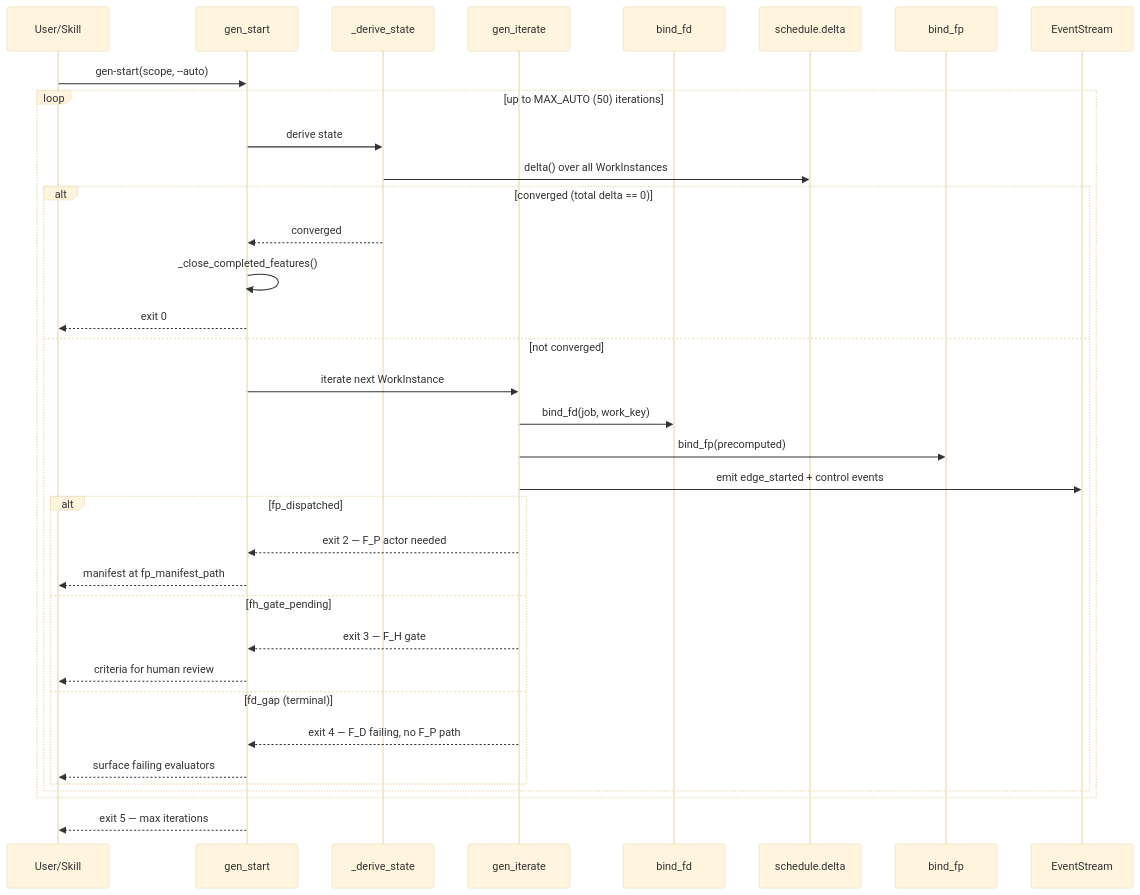
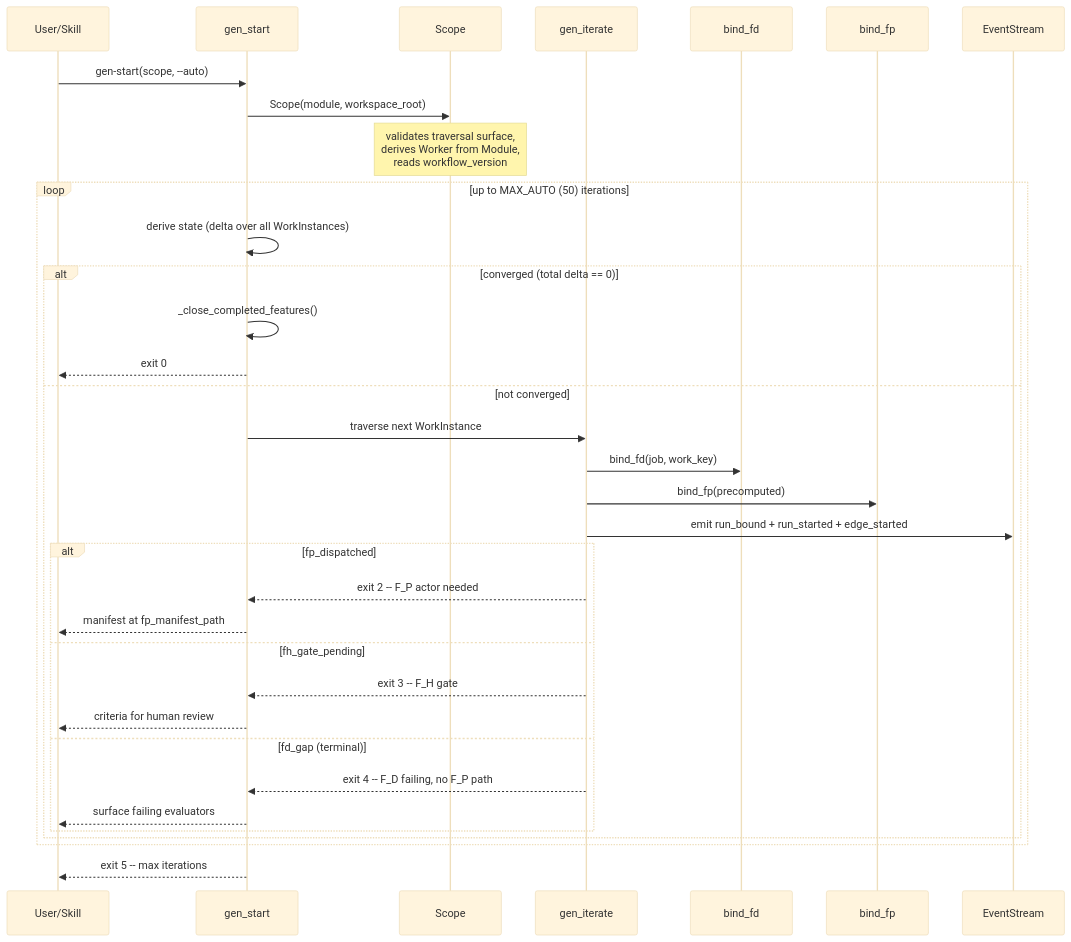
Diagram 11 of 23 in docs/ABG_Design_Document.md (foolishimp/abiogenesis), drawn with Mermaid (base theme) before and after one commit. The commit also changed other lines of this file and 90 other files, not shown here.

````diff
--- a/docs/ABG_Design_Document.md
+++ b/docs/ABG_Design_Document.md
@@ -474,38 +617,37 @@
 ```mermaid
 sequenceDiagram
     participant U as User/Skill
     participant GS as gen_start
-    participant DS as _derive_state
+    participant SC as Scope
     participant GI as gen_iterate
     participant BD as bind_fd
-    participant SD as schedule.delta
     participant BF as bind_fp
     participant ES as EventStream
 
     U->>GS: gen-start(scope, --auto)
+    GS->>SC: Scope(module, workspace_root)
+    Note over SC: validates traversal surface,<br/>derives Worker from Module,<br/>reads workflow_version
     loop up to MAX_AUTO (50) iterations
-        GS->>DS: derive state
-        DS->>SD: delta() over all WorkInstances
+        GS->>GS: derive state (delta over all WorkInstances)
         alt converged (total delta == 0)
-            DS-->>GS: converged
             GS->>GS: _close_completed_features()
             GS-->>U: exit 0
         else not converged
-            GS->>GI: iterate next WorkInstance
+            GS->>GI: traverse next WorkInstance
             GI->>BD: bind_fd(job, work_key)
             GI->>BF: bind_fp(precomputed)
-            GI->>ES: emit edge_started + control events
+            GI->>ES: emit run_bound + run_started + edge_started
             alt fp_dispatched
-                GI-->>GS: exit 2 — F_P actor needed
+                GI-->>GS: exit 2 -- F_P actor needed
                 GS-->>U: manifest at fp_manifest_path
             else fh_gate_pending
-                GI-->>GS: exit 3 — F_H gate
+                GI-->>GS: exit 3 -- F_H gate
                 GS-->>U: criteria for human review
             else fd_gap (terminal)
-                GI-->>GS: exit 4 — F_D failing, no F_P path
+                GI-->>GS: exit 4 -- F_D failing, no F_P path
                 GS-->>U: surface failing evaluators
             end
         end
     end
-    GS-->>U: exit 5 — max iterations
+    GS-->>U: exit 5 -- max iterations
 ```
````
